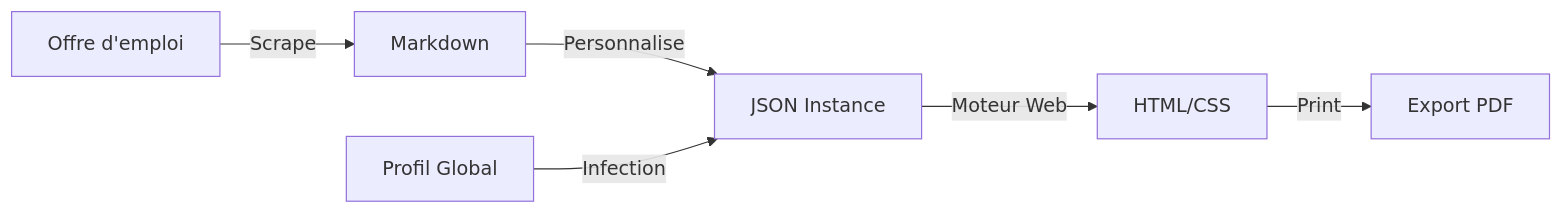
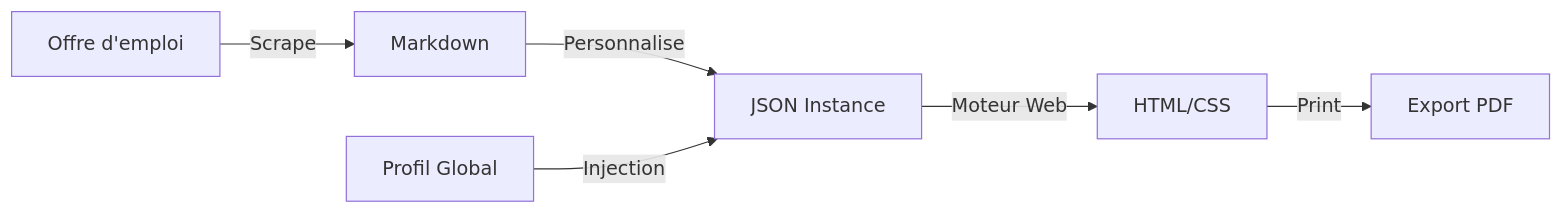
The diagram in README.md (RomeoCavazza/open-cv), drawn with Mermaid before and after one commit. The commit also changed other lines of this file and 19 other files, not shown here.

````diff
--- a/README.md
+++ b/README.md
@@ -67,8 +69,8 @@
 ```mermaid
 graph LR
     A[Offre d'emploi] -->|Scrape| B[Markdown]
     B -->|Personnalise| C[JSON Instance]
-    D[Profil Global] -->|Infection| C
+    D[Profil Global] -->|Injection| C
     C -->|Moteur Web| E[HTML/CSS]
     E -->|Print| F[Export PDF]
 ```
````
